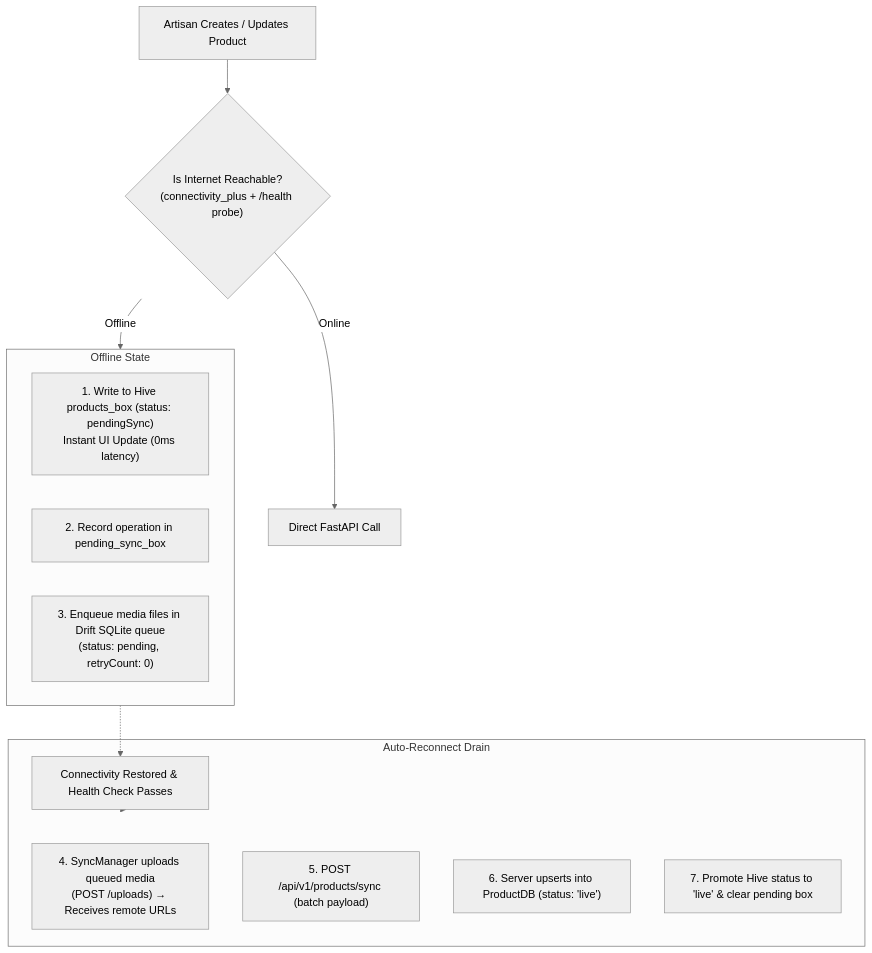
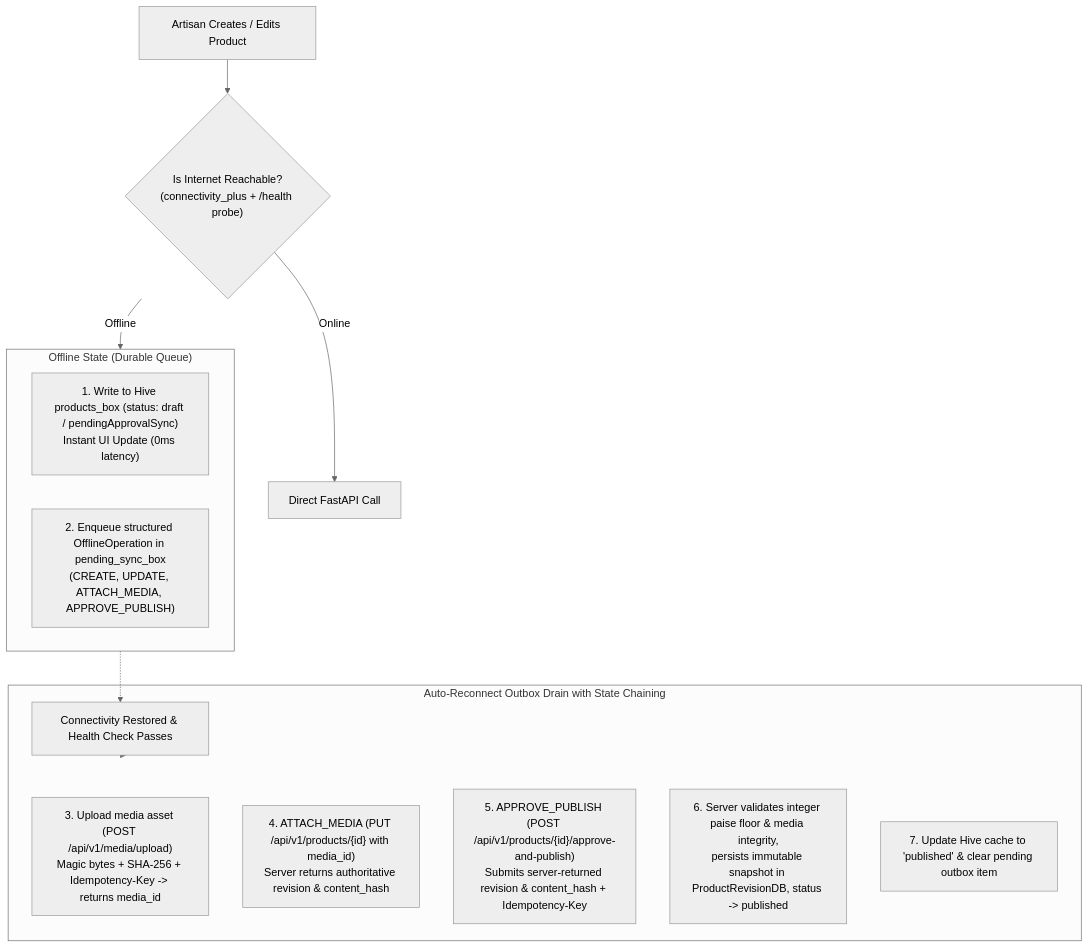
Before and after one commit to kan9667/kalasetu: the third of 10 diagrams in docs/architecture.md, drawn with Mermaid (neutral theme). The commit also changed other lines of this file and 123 other files, not shown here.

````diff
--- a/docs/architecture.md
+++ b/docs/architecture.md
@@ -518,26 +519,29 @@
 ```mermaid
 flowchart TD
-    UserAction["Artisan Creates / Updates Product"] --> NetworkCheck{"Is Internet Reachable?
+    UserAction["Artisan Creates / Edits Product"] --> NetworkCheck{"Is Internet Reachable?
 (connectivity_plus + /health probe)"}
 
-    subgraph OfflineMode ["Offline State"]
-        HiveWrite["1. Write to Hive products_box (status: pendingSync)
+    subgraph OfflineMode ["Offline State (Durable Queue)"]
+        HiveWrite["1. Write to Hive products_box (status: draft / pendingApprovalSync)
 Instant UI Update (0ms latency)"]
-        PendingMark["2. Record operation in pending_sync_box"]
-        DriftQueue["3. Enqueue media files in Drift SQLite queue
-(status: pending, retryCount: 0)"]
+        PendingMark["2. Enqueue structured OfflineOperation in pending_sync_box
+(CREATE, UPDATE, ATTACH_MEDIA, APPROVE_PUBLISH)"]
     end
 
-    subgraph ReconnectDrain ["Auto-Reconnect Drain"]
+    subgraph ReconnectDrain ["Auto-Reconnect Outbox Drain with State Chaining"]
         NetReturn["Connectivity Restored & Health Check Passes"]
-        MediaUpload["4. SyncManager uploads queued media
-(POST /uploads) → Receives remote URLs"]
-        BatchSync["5. POST /api/v1/products/sync (batch payload)"]
-        ServerPersist["6. Server upserts into ProductDB (status: 'live')"]
-        LocalUpdate["7. Promote Hive status to 'live' & clear pending box"]
+        MediaUpload["3. Upload media asset (POST /api/v1/media/upload)
+Magic bytes + SHA-256 + Idempotency-Key -> returns media_id"]
+        AttachMedia["4. ATTACH_MEDIA (PUT /api/v1/products/{id} with media_id)
+Server returns authoritative revision & content_hash"]
+        ApprovePublish["5. APPROVE_PUBLISH (POST /api/v1/products/{id}/approve-and-publish)
+Submits server-returned revision & content_hash + Idempotency-Key"]
+        ServerPersist["6. Server validates integer paise floor & media integrity,
+persists immutable snapshot in ProductRevisionDB, status -> published"]
+        LocalUpdate["7. Update Hive cache to 'published' & clear pending outbox item"]
     end
 
     NetworkCheck -- "Offline" --> OfflineMode
     NetworkCheck -- "Online" --> DirectAPI["Direct FastAPI Call"]
     OfflineMode -.-> NetReturn --> ReconnectDrain
 ```
````
